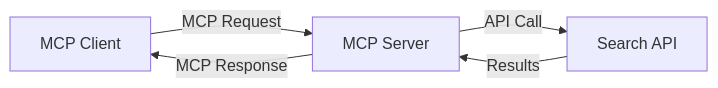
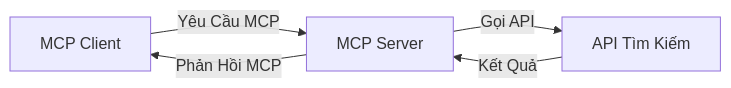
One commit to HIDORAKAI002/ai-workspace-archive changed the second of 4 diagrams in mcp_ecosystem__model_context_protocol/mcp_learning_resources/mcp-for-beginners/translations/vi/05-AdvancedTopics/mcp-realtimesearch/README.md. Above: the diagram before and after it, drawn with Mermaid. The commit also changed other lines of this file and 1539 other files, not shown here.

````diff
--- a/mcp_ecosystem__model_context_protocol/mcp_learning_resources/mcp-for-beginners/translations/vi/05-AdvancedTopics/mcp-realtimesearch/README.md
+++ b/mcp_ecosystem__model_context_protocol/mcp_learning_resources/mcp-for-beginners/translations/vi/05-AdvancedTopics/mcp-realtimesearch/README.md
@@ -37,7 +598,7 @@
 ```mermaid
 graph LR
-    Client[MCP Client] --> |MCP Request| Server[MCP Server]
-    Server --> |API Call| SearchAPI[Search API]
-    SearchAPI --> |Results| Server
-    Server --> |MCP Response| Client
+    Client[MCP Client] --> |Yêu Cầu MCP| Server[MCP Server]
+    Server --> |Gọi API| SearchAPI[API Tìm Kiếm]
+    SearchAPI --> |Kết Quả| Server
+    Server --> |Phản Hồi MCP| Client
 ```
````
